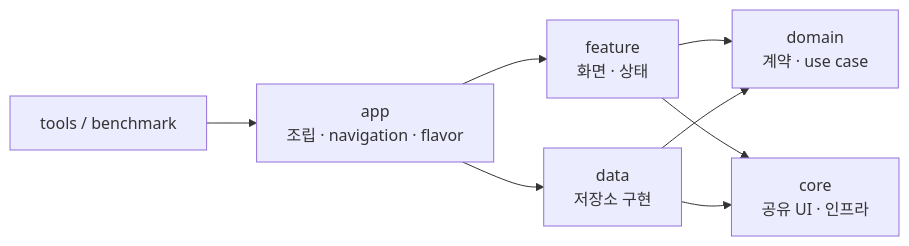
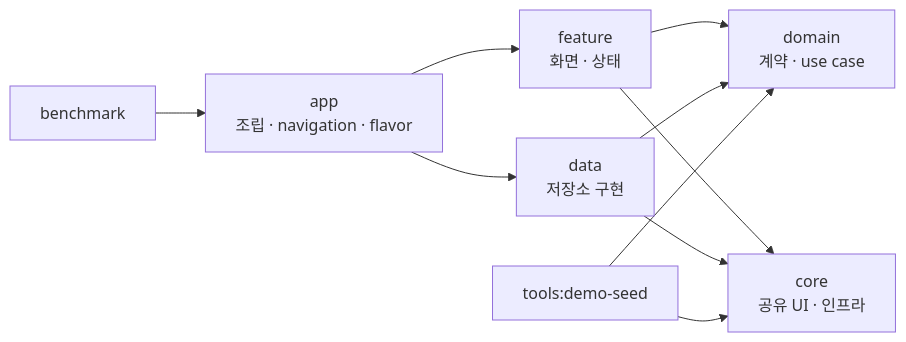
One commit to beyondwin/GasStation changed the diagram in README.md. Above: the diagram before and after it, drawn with Mermaid. The commit also changed other lines of this file and 27 other files, not shown here.

````diff
--- a/README.md
+++ b/README.md
@@ -43,10 +43,12 @@
 ```mermaid
 flowchart LR
     App["app<br/>조립 · navigation · flavor"] --> Feature["feature<br/>화면 · 상태"]
     App --> Data["data<br/>저장소 구현"]
     Feature --> Domain["domain<br/>계약 · use case"]
     Data --> Domain
     Feature --> Core["core<br/>공유 UI · 인프라"]
     Data --> Core
-    Tools["tools / benchmark"] --> App
+    Benchmark["benchmark"] --> App
+    Tools["tools:demo-seed"] --> Domain
+    Tools --> Core
 ```
````
